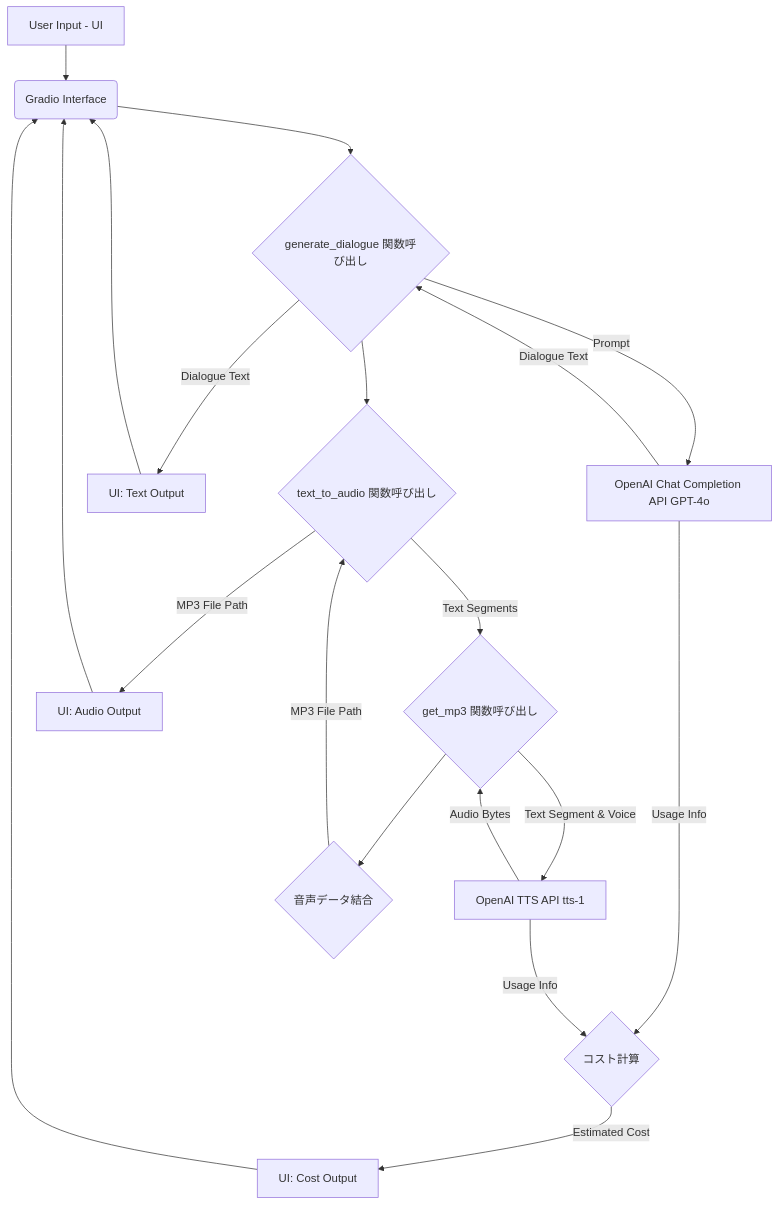
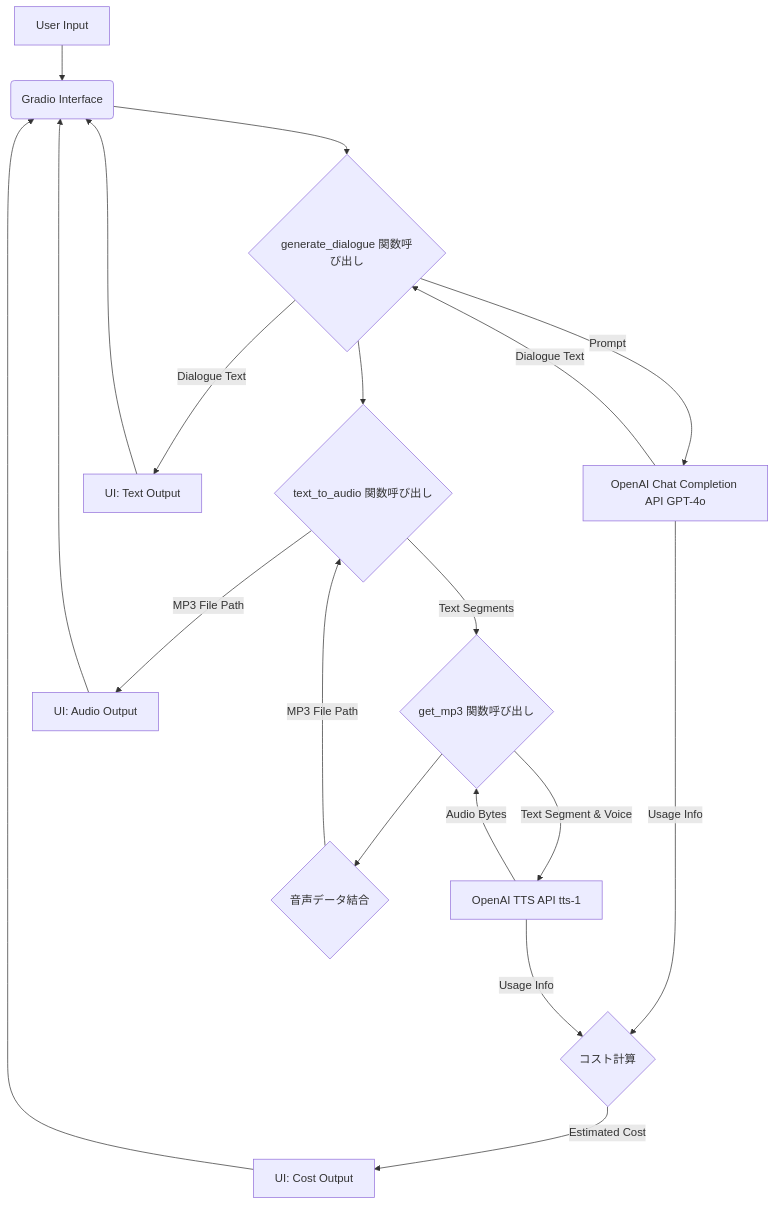
The diagram in articles/cefr-english-podcast-generator.md (rynskrmt/Articles), drawn with Mermaid before and after one commit.

Commit message:
fix:誤字修正

````diff
--- a/articles/cefr-english-podcast-generator.md
+++ b/articles/cefr-english-podcast-generator.md
@@ -56,18 +56,18 @@
 ```mermaid
 graph TB
-    A[User Input - UI] --> B(Gradio Interface);
+    A[User Input] --> B(Gradio Interface);
     B --> C{generate_dialogue 関数呼び出し};
     C -- Prompt --> D[OpenAI Chat Completion API GPT-4o];
     D -- Dialogue Text --> C;
     C --> E{text_to_audio 関数呼び出し};
     E -- Text Segments --> F{get_mp3 関数呼び出し};
     F -- Text Segment & Voice --> G[OpenAI TTS API tts-1];
     G -- Audio Bytes --> F;
     F --> H{音声データ結合};
     H -- MP3 File Path --> E;
     C -- Dialogue Text --> I[UI: Text Output];
     E -- MP3 File Path --> J[UI: Audio Output];
     D & G -- Usage Info --> K{コスト計算};
     K -- Estimated Cost --> L[UI: Cost Output];
     I & J & L --> B;
 ```
````
